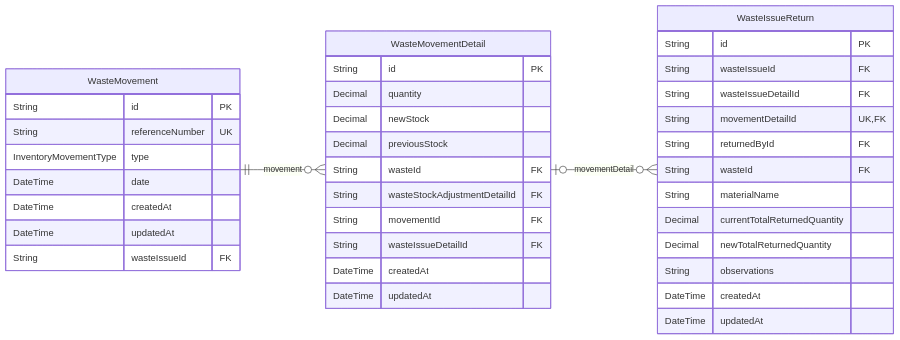
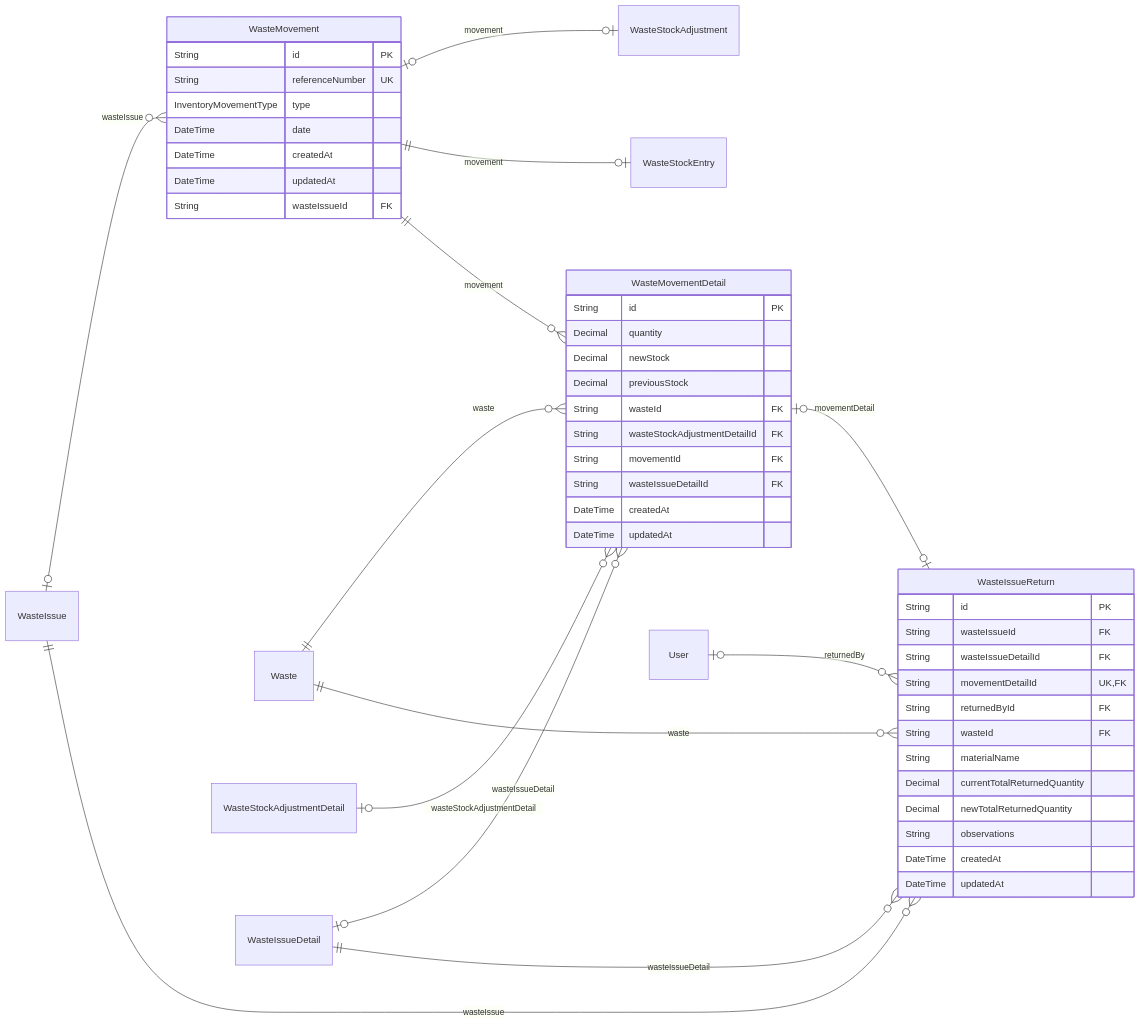
Before and after one commit to gpgsistemas01/nexus: diagram 13 of 26 in docs/architecture/views/logical/data-and-persistence/generated/database-schema.md, drawn with Mermaid. The commit also changed other lines of this file and 3 other files, not shown here.

Commit message:
docs: corregir relaciones del ER y retirar capturas pendientes

````diff
--- a/docs/architecture/views/logical/data-and-persistence/generated/database-schema.md
+++ b/docs/architecture/views/logical/data-and-persistence/generated/database-schema.md
@@ -473,41 +607,51 @@
 ```mermaid
 erDiagram
     direction LR
     WasteIssueReturn {
         String id PK
         String wasteIssueId FK
         String wasteIssueDetailId FK
         String movementDetailId UK,FK
         String returnedById FK
         String wasteId FK
         String materialName
         Decimal currentTotalReturnedQuantity
         Decimal newTotalReturnedQuantity
         String observations
         DateTime createdAt
         DateTime updatedAt
     }
     WasteMovement {
         String id PK
         String referenceNumber UK
         InventoryMovementType type
         DateTime date
         DateTime createdAt
         DateTime updatedAt
         String wasteIssueId FK
     }
     WasteMovementDetail {
         String id PK
         Decimal quantity
         Decimal newStock
         Decimal previousStock
         String wasteId FK
         String wasteStockAdjustmentDetailId FK
         String movementId FK
         String wasteIssueDetailId FK
         DateTime createdAt
         DateTime updatedAt
     }
-    WasteMovementDetail o|--o{ WasteIssueReturn : "movementDetail"
+    WasteMovement o|--o| WasteStockAdjustment : "movement"
+    WasteIssue o|--o{ WasteMovement : "wasteIssue"
+    WasteMovement ||--o| WasteStockEntry : "movement"
+    Waste ||--o{ WasteMovementDetail : "waste"
+    WasteStockAdjustmentDetail o|--o{ WasteMovementDetail : "wasteStockAdjustmentDetail"
     WasteMovement ||--o{ WasteMovementDetail : "movement"
+    WasteIssueDetail o|--o{ WasteMovementDetail : "wasteIssueDetail"
+    WasteIssue ||--o{ WasteIssueReturn : "wasteIssue"
+    WasteIssueDetail ||--o{ WasteIssueReturn : "wasteIssueDetail"
+    WasteMovementDetail o|--o| WasteIssueReturn : "movementDetail"
+    User o|--o{ WasteIssueReturn : "returnedBy"
+    Waste ||--o{ WasteIssueReturn : "waste"
 ```
````
